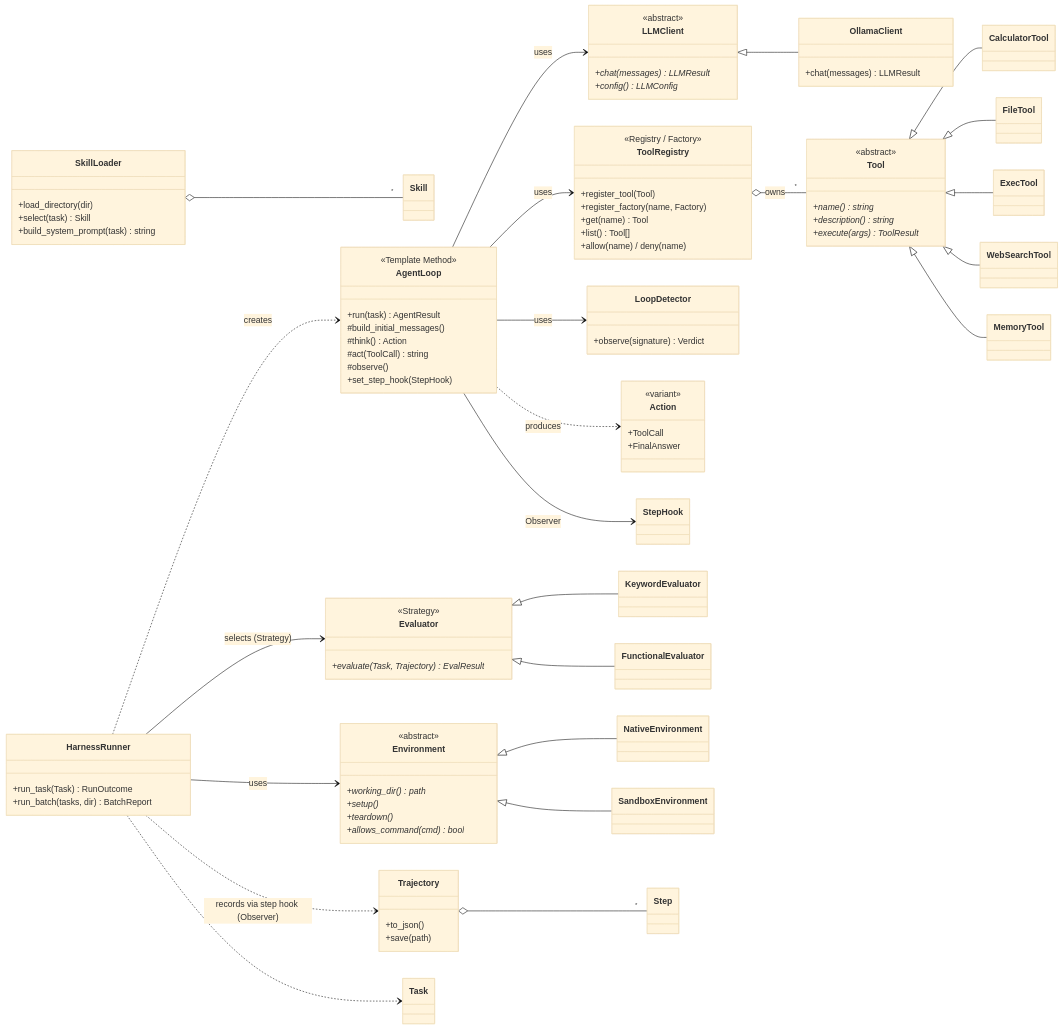
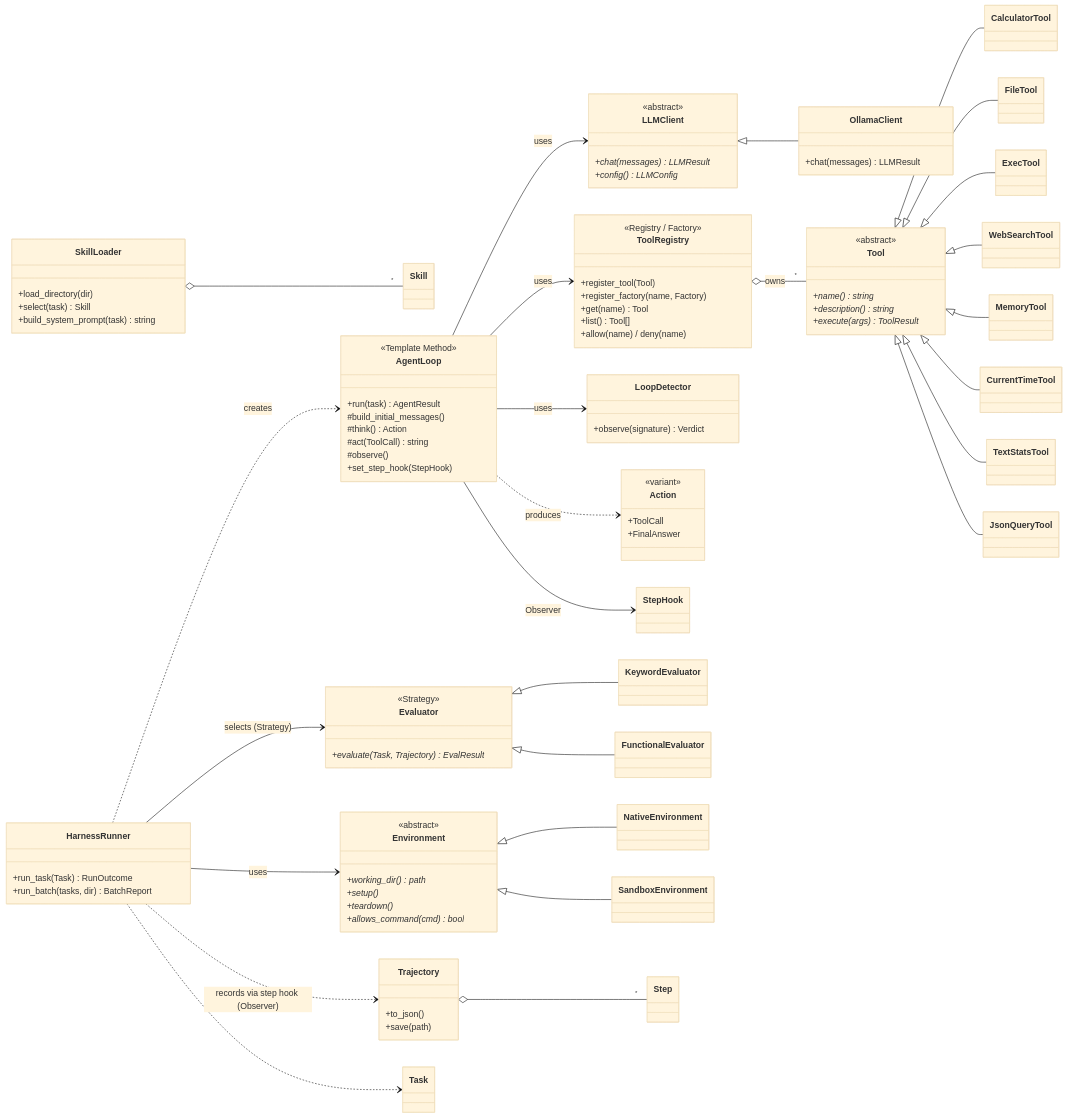
The first of 4 diagrams in docs/uml.md (putindao/25127136_OopAgent), drawn with Mermaid (base theme) before and after one commit. The commit also changed other lines of this file and 18 other files, not shown here.

Commit message:
update sample output, slide, image and diagram

```diff
--- a/docs/uml.md
+++ b/docs/uml.md
@@ -32,6 +32,9 @@
     Tool <|-- ExecTool
     Tool <|-- WebSearchTool
     Tool <|-- MemoryTool
+    Tool <|-- CurrentTimeTool
+    Tool <|-- TextStatsTool
+    Tool <|-- JsonQueryTool
 
     class ToolRegistry {
         <<Registry / Factory>>
```
